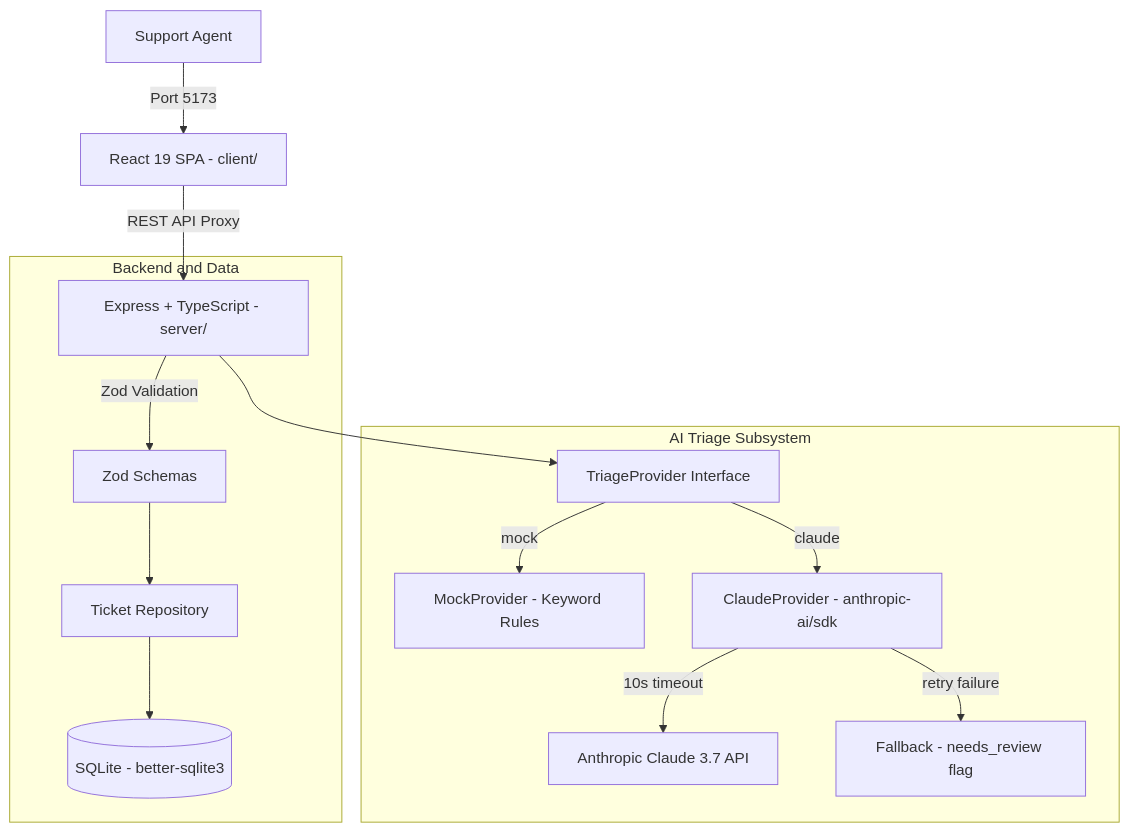
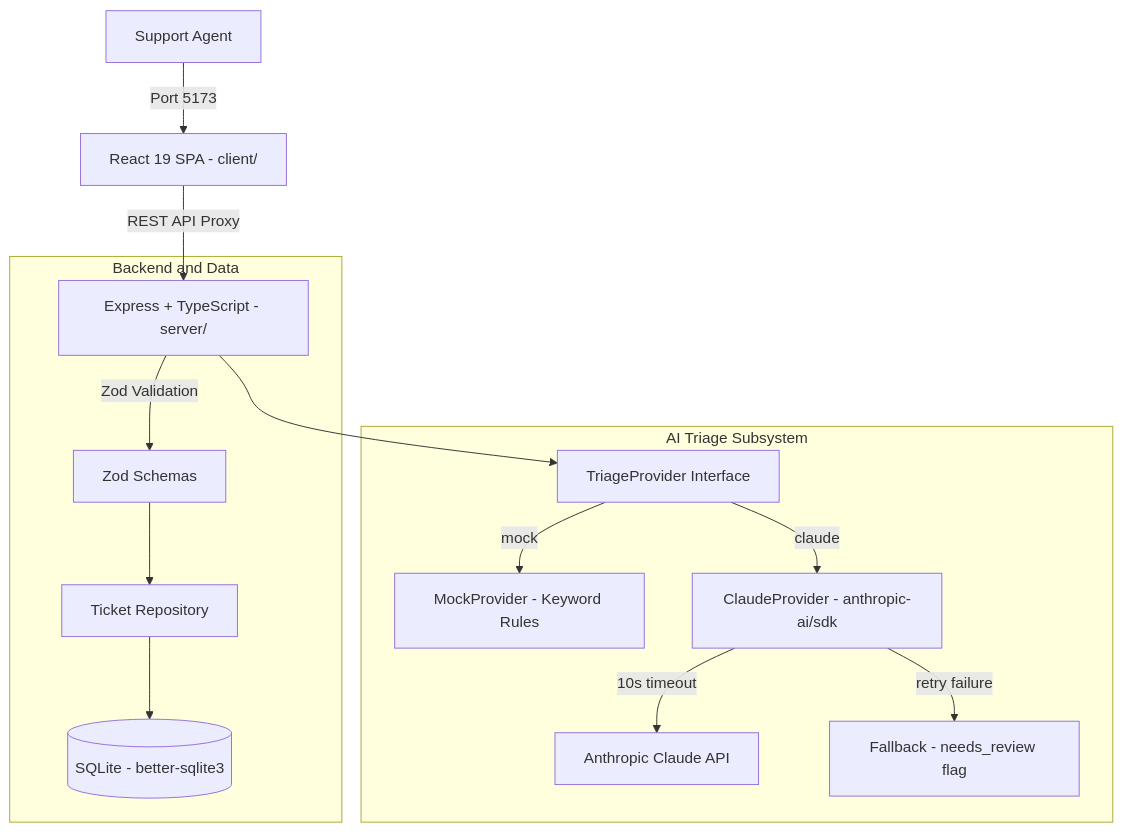
The diagram in README.md (GhileaLucian/triagedesk), drawn with Mermaid before and after one commit. The commit also changed other lines of this file and 3 other files, not shown here.

````diff
--- a/README.md
+++ b/README.md
@@ -28,19 +28,19 @@
 ```mermaid
 flowchart TD
     User["Support Agent"] -->|Port 5173| ReactUI["React 19 SPA - client/"]
     ReactUI -->|REST API Proxy| ExpressAPI["Express + TypeScript - server/"]
 
     subgraph Backend ["Backend and Data"]
         ExpressAPI -->|Zod Validation| Schemas["Zod Schemas"]
         Schemas --> Repo["Ticket Repository"]
         Repo --> SQLite[("SQLite - better-sqlite3")]
     end
 
     subgraph AISubsystem ["AI Triage Subsystem"]
         ExpressAPI --> TriageProv["TriageProvider Interface"]
         TriageProv -->|mock| Mock["MockProvider - Keyword Rules"]
         TriageProv -->|claude| Claude["ClaudeProvider - anthropic-ai/sdk"]
-        Claude -->|10s timeout| AnthropicAPI["Anthropic Claude 3.7 API"]
+        Claude -->|10s timeout| AnthropicAPI["Anthropic Claude API"]
         Claude -->|retry failure| Fallback["Fallback - needs_review flag"]
     end
 ```
````
